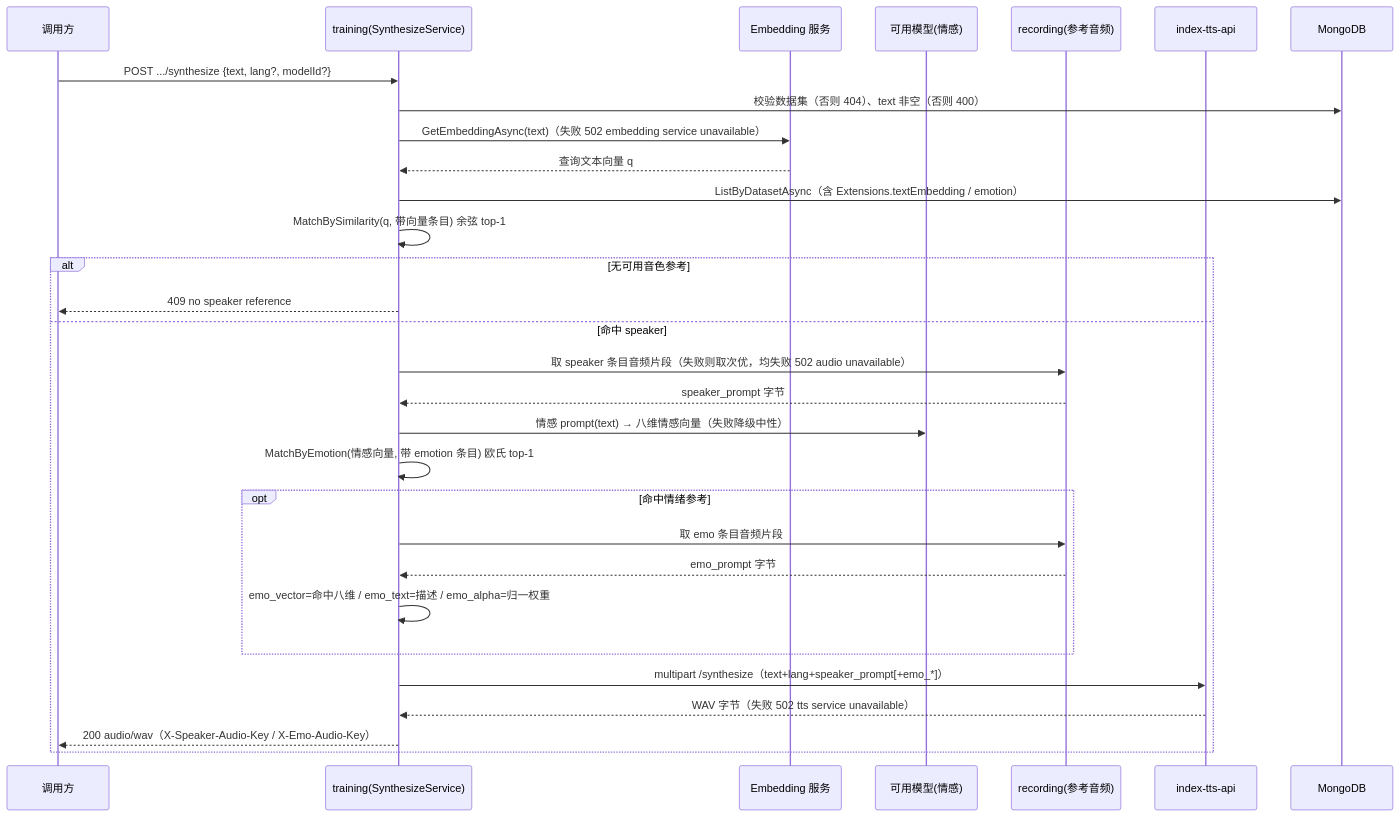
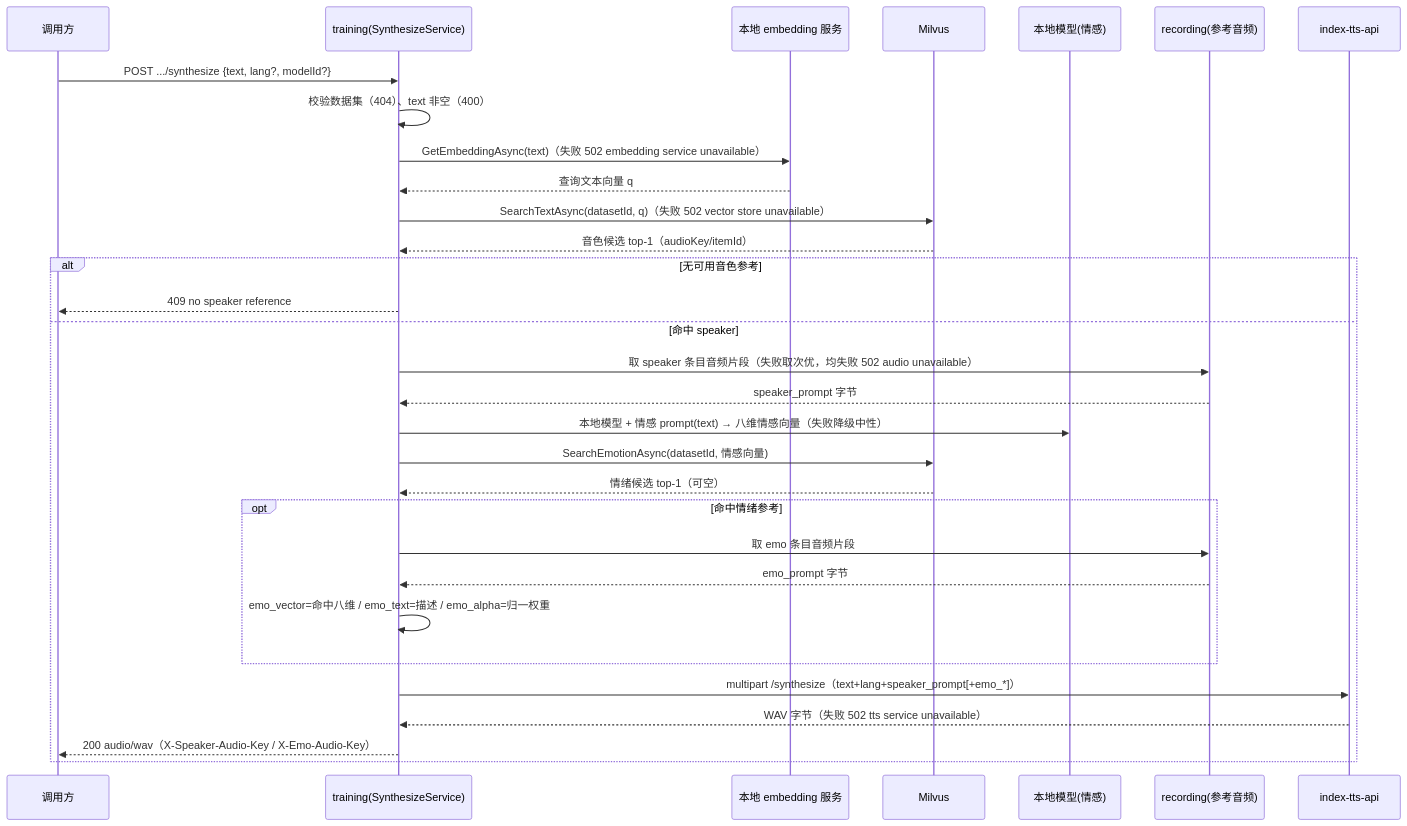
One commit to Deliay/z-vtuber changed the second of 3 diagrams in docs/engineering/proposals/20260929-proposal-training-audio-synthesize.md. Above: the diagram before and after it, drawn with Mermaid. The commit also changed other lines of this file and 1 other file, not shown here.

First line of the commit message:
docs(training): 音频生成改用 Milvus + 本地向量服务（返工修订）

````diff
--- a/docs/engineering/proposals/20260929-proposal-training-audio-synthesize.md
+++ b/docs/engineering/proposals/20260929-proposal-training-audio-synthesize.md
@@ -240,33 +219,34 @@
 ```mermaid
 sequenceDiagram
     participant C as 调用方
     participant T as training(SynthesizeService)
-    participant E as Embedding 服务
-    participant L as 可用模型(情感)
+    participant E as 本地 embedding 服务
+    participant V as Milvus
+    participant L as 本地模型(情感)
     participant R as recording(参考音频)
     participant S as index-tts-api
-    participant M as MongoDB
 
     C->>T: POST .../synthesize {text, lang?, modelId?}
-    T->>M: 校验数据集（否则 404）、text 非空（否则 400）
+    T->>T: 校验数据集（404）、text 非空（400）
     T->>E: GetEmbeddingAsync(text)（失败 502 embedding service unavailable）
     E-->>T: 查询文本向量 q
-    T->>M: ListByDatasetAsync（含 Extensions.textEmbedding / emotion）
-    T->>T: MatchBySimilarity(q, 带向量条目) 余弦 top-1
+    T->>V: SearchTextAsync(datasetId, q)（失败 502 vector store unavailable）
+    V-->>T: 音色候选 top-1（audioKey/itemId）
     alt 无可用音色参考
         T-->>C: 409 no speaker reference
     else 命中 speaker
-        T->>R: 取 speaker 条目音频片段（失败则取次优，均失败 502 audio unavailable）
+        T->>R: 取 speaker 条目音频片段（失败取次优，均失败 502 audio unavailable）
         R-->>T: speaker_prompt 字节
-        T->>L: 情感 prompt(text) → 八维情感向量（失败降级中性）
-        T->>T: MatchByEmotion(情感向量, 带 emotion 条目) 欧氏 top-1
+        T->>L: 本地模型 + 情感 prompt(text) → 八维情感向量（失败降级中性）
+        T->>V: SearchEmotionAsync(datasetId, 情感向量)
+        V-->>T: 情绪候选 top-1（可空）
         opt 命中情绪参考
             T->>R: 取 emo 条目音频片段
             R-->>T: emo_prompt 字节
             T->>T: emo_vector=命中八维 / emo_text=描述 / emo_alpha=归一权重
         end
         T->>S: multipart /synthesize（text+lang+speaker_prompt[+emo_*]）
         S-->>T: WAV 字节（失败 502 tts service unavailable）
         T-->>C: 200 audio/wav（X-Speaker-Audio-Key / X-Emo-Audio-Key）
     end
 ```
````
